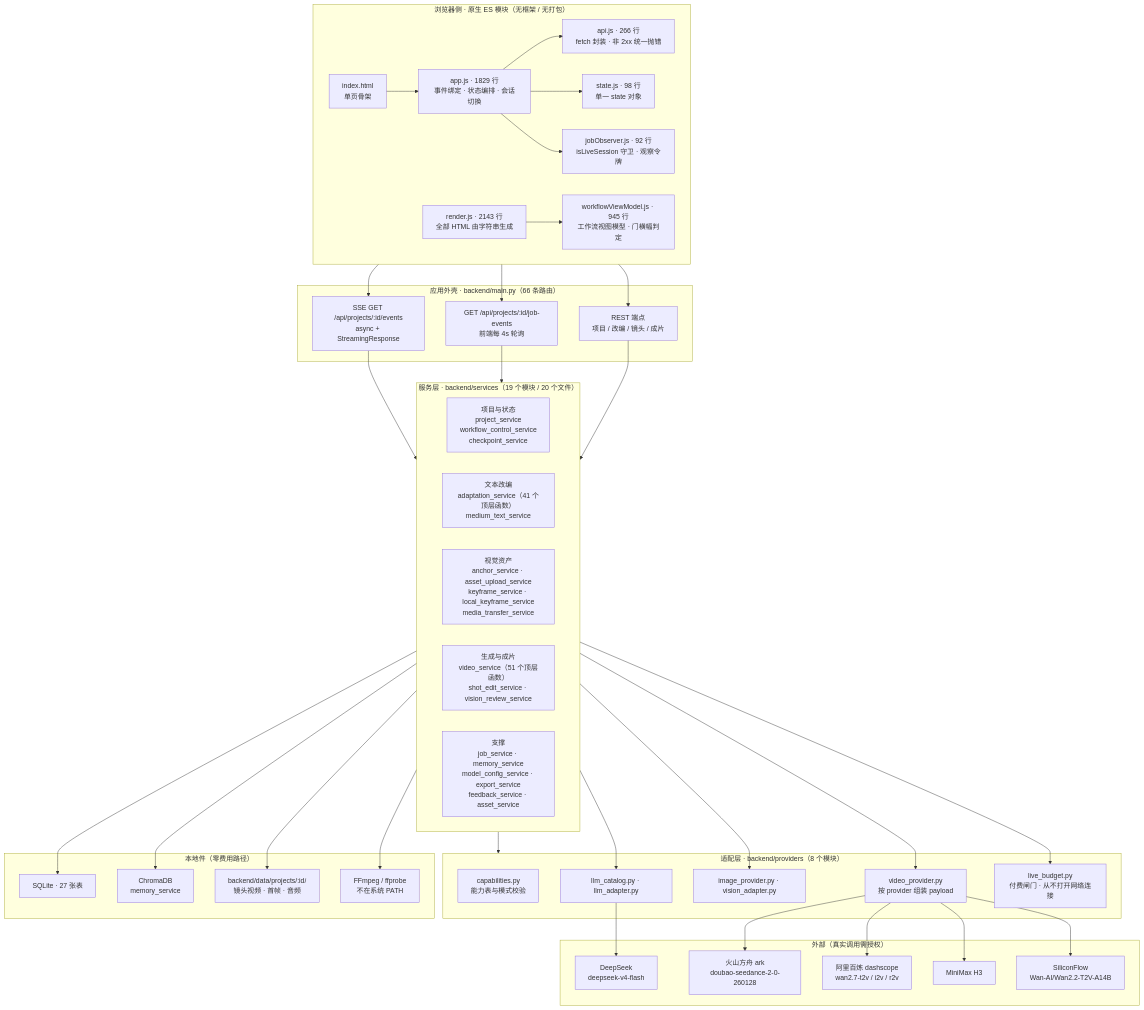
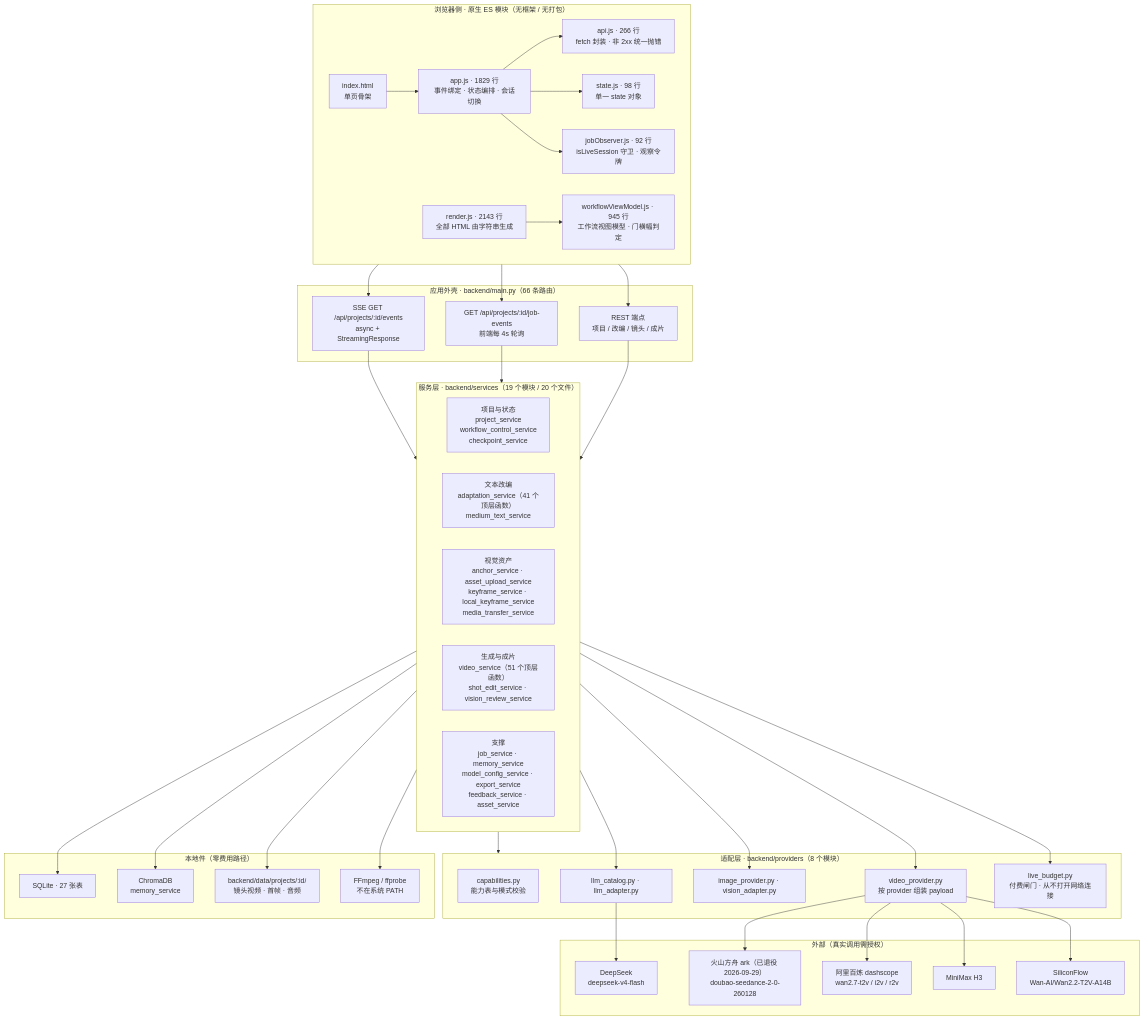
Before and after one commit to Bamzzo/VisionCraft: the first of 22 diagrams in docs/visioncraft-diagrams.md, drawn with Mermaid. The commit also changed other lines of this file and 3 other files, not shown here.

First line of the commit message:
docs: 落档 P5-B-1/B-2、ark 线收敛、终测基线与图集

````diff
--- a/docs/visioncraft-diagrams.md
+++ b/docs/visioncraft-diagrams.md
@@ -19,77 +24,77 @@
 ```mermaid
 flowchart TB
   subgraph BROWSER["浏览器侧 · 原生 ES 模块（无框架 / 无打包）"]
     direction LR
     IDX["index.html<br/>单页骨架"]
     APP["app.js · 1829 行<br/>事件绑定 · 状态编排 · 会话切换"]
     RND["render.js · 2143 行<br/>全部 HTML 由字符串生成"]
     VM["workflowViewModel.js · 945 行<br/>工作流视图模型 · 门横幅判定"]
     API["api.js · 266 行<br/>fetch 封装 · 非 2xx 统一抛错"]
     OBS["jobObserver.js · 92 行<br/>isLiveSession 守卫 · 观察令牌"]
     ST["state.js · 98 行<br/>单一 state 对象"]
   end
 
   subgraph SHELL["应用外壳 · backend/main.py（66 条路由）"]
     R1["REST 端点<br/>项目 / 改编 / 镜头 / 成片"]
     SSE["SSE GET /api/projects/:id/events<br/>async + StreamingResponse"]
     POLL["GET /api/projects/:id/job-events<br/>前端每 4s 轮询"]
   end
 
   subgraph SVC["服务层 · backend/services（19 个模块 / 20 个文件）"]
     direction LR
     S1["项目与状态<br/>project_service<br/>workflow_control_service<br/>checkpoint_service"]
     S2["文本改编<br/>adaptation_service（41 个顶层函数）<br/>medium_text_service"]
     S3["视觉资产<br/>anchor_service · asset_upload_service<br/>keyframe_service · local_keyframe_service<br/>media_transfer_service"]
     S4["生成与成片<br/>video_service（51 个顶层函数）<br/>shot_edit_service · vision_review_service"]
     S5["支撑<br/>job_service · memory_service<br/>model_config_service · export_service<br/>feedback_service · asset_service"]
   end
 
   subgraph PROV["适配层 · backend/providers（8 个模块）"]
     P1["capabilities.py<br/>能力表与模式校验"]
     P2["llm_catalog.py · llm_adapter.py"]
     P3["image_provider.py · vision_adapter.py"]
     P4["video_provider.py<br/>按 provider 组装 payload"]
     P5["live_budget.py<br/>付费闸门 · 从不打开网络连接"]
   end
 
   subgraph EXT["外部（真实调用需授权）"]
     E1["DeepSeek<br/>deepseek-v4-flash"]
-    E2["火山方舟 ark<br/>doubao-seedance-2-0-260128"]
+    E2["火山方舟 ark（已退役 2026-09-29）<br/>doubao-seedance-2-0-260128"]
     E3["阿里百炼 dashscope<br/>wan2.7-t2v / i2v / r2v"]
     E4["MiniMax H3"]
     E5["SiliconFlow<br/>Wan-AI/Wan2.2-T2V-A14B"]
   end
 
   subgraph LOCAL["本地件（零费用路径）"]
     L1["SQLite · 27 张表"]
     L2["ChromaDB<br/>memory_service"]
     L3["backend/data/projects/:id/<br/>镜头视频 · 首帧 · 音频"]
     L4["FFmpeg / ffprobe<br/>不在系统 PATH"]
   end
 
   APP --> API
   RND --> VM
   APP --> ST
   APP --> OBS
   IDX --> APP
   API --> R1
   OBS --> SSE
   OBS --> POLL
   R1 --> SVC
   SSE --> S1
   POLL --> S5
   SVC --> PROV
   S2 --> P2
   S3 --> P3
   S4 --> P4
   S4 --> P5
   P2 --> E1
   P4 --> E2
   P4 --> E3
   P4 --> E4
   P4 --> E5
   SVC --> L1
   S5 --> L2
   S4 --> L3
   S4 --> L4
 ```
````
